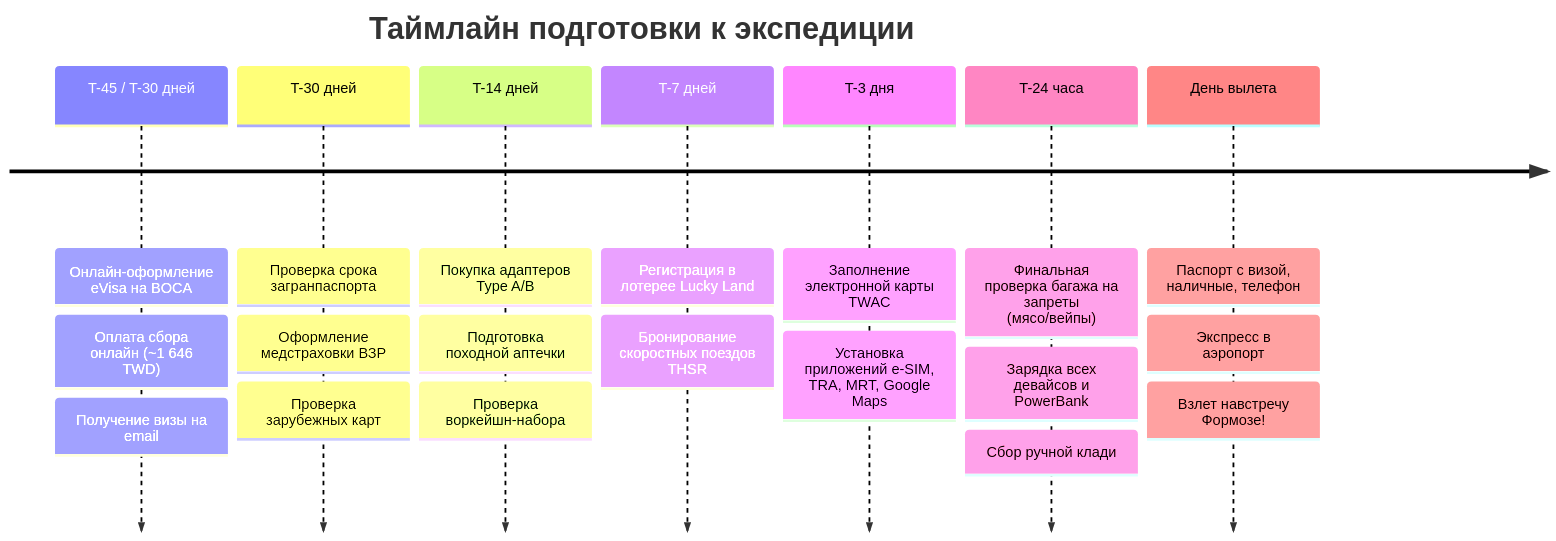
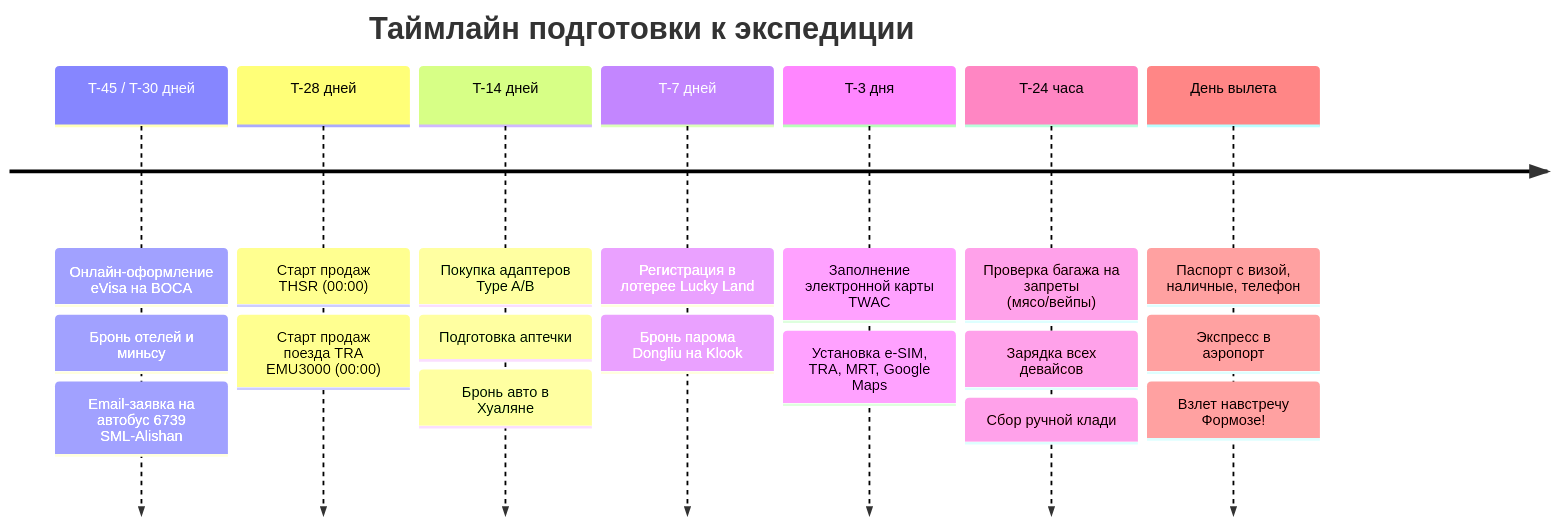
Before and after one commit to injurka/obsidian-mark: the second of 2 diagrams in Personal Note/Travel/-- Taiwan/06 - Чек лист/Чек-лист подготовки и сборов.md, drawn with Mermaid. The commit also changed other lines of this file and 60 other files, not shown here.

````diff
--- a/Personal Note/Travel/-- Taiwan/06 - Чек лист/Чек-лист подготовки и сборов.md
+++ b/Personal Note/Travel/-- Taiwan/06 - Чек лист/Чек-лист подготовки и сборов.md
@@ -174,11 +199,11 @@
 ```mermaid
 timeline
     title Таймлайн подготовки к экспедиции
-    T-45 / T-30 дней : Онлайн-оформление eVisa на BOCA : Оплата сбора онлайн (~1 646 TWD) : Получение визы на email
-    T-30 дней : Проверка срока загранпаспорта : Оформление медстраховки ВЗР : Проверка зарубежных карт
-    T-14 дней : Покупка адаптеров Type A/B : Подготовка походной аптечки : Проверка воркейшн-набора
-    T-7 дней : Регистрация в лотерее Lucky Land : Бронирование скоростных поездов THSR
-    T-3 дня : Заполнение электронной карты TWAC : Установка приложений e-SIM, TRA, MRT, Google Maps
-    T-24 часа : Финальная проверка багажа на запреты (мясо/вейпы) : Зарядка всех девайсов и PowerBank : Сбор ручной клади
+    T-45 / T-30 дней : Онлайн-оформление eVisa на BOCA : Бронь отелей и миньсу : Email-заявка на автобус 6739 SML-Alishan
+    T-28 дней : Старт продаж THSR (00:00) : Старт продаж поезда TRA EMU3000 (00:00)
+    T-14 дней : Покупка адаптеров Type A/B : Подготовка аптечки : Бронь авто в Хуаляне
+    T-7 дней : Регистрация в лотерее Lucky Land : Бронь парома Dongliu на Klook
+    T-3 дня : Заполнение электронной карты TWAC : Установка e-SIM, TRA, MRT, Google Maps
+    T-24 часа : Проверка багажа на запреты (мясо/вейпы) : Зарядка всех девайсов : Сбор ручной клади
     День вылета : Паспорт с визой, наличные, телефон : Экспресс в аэропорт : Взлет навстречу Формозе!
 ```
````
